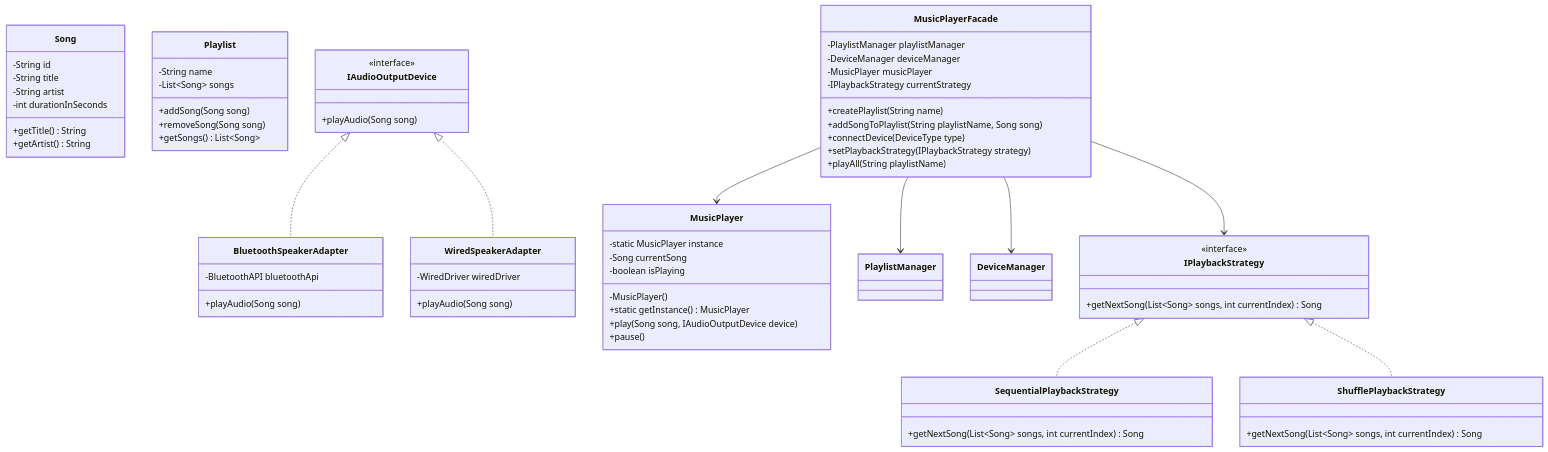
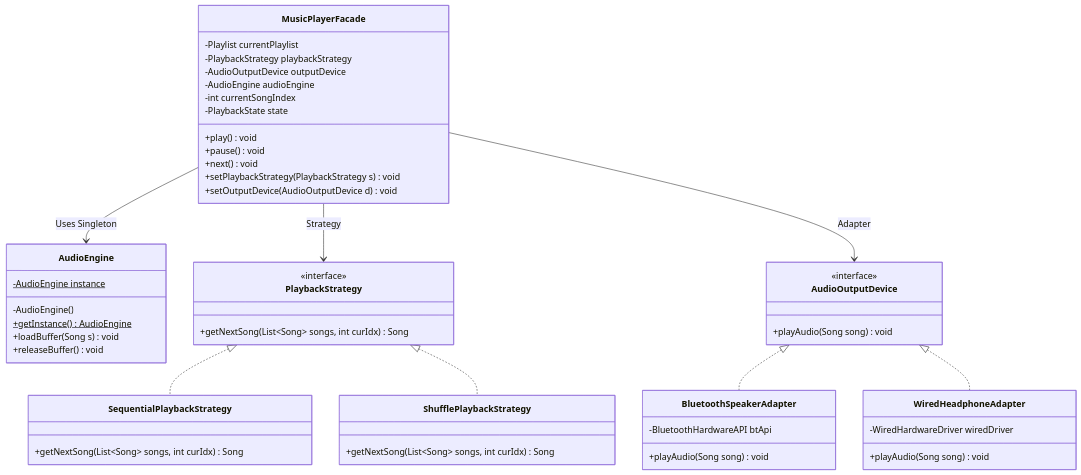
One commit to rohithgowda18/Notes changed the first of 2 diagrams in 04-OOPs-and-Design-Patterns/04-LLD-Case-Studies/18-Build-Spotify-Music-Player-App.md. Above: the diagram before and after it, drawn with Mermaid. The commit also changed other lines of this file and 30 other files, not shown here.

````diff
--- a/04-OOPs-and-Design-Patterns/04-LLD-Case-Studies/18-Build-Spotify-Music-Player-App.md
+++ b/04-OOPs-and-Design-Patterns/04-LLD-Case-Studies/18-Build-Spotify-Music-Player-App.md
@@ -61,74 +108,60 @@
 ```mermaid
 classDiagram
-    class Song {
-        -String id
-        -String title
-        -String artist
-        -int durationInSeconds
-        +getTitle() String
-        +getArtist() String
+    class MusicPlayerFacade {
+        -Playlist currentPlaylist
+        -PlaybackStrategy playbackStrategy
+        -AudioOutputDevice outputDevice
+        -AudioEngine audioEngine
+        -int currentSongIndex
+        -PlaybackState state
+        +play() void
+        +pause() void
+        +next() void
+        +setPlaybackStrategy(PlaybackStrategy s) void
+        +setOutputDevice(AudioOutputDevice d) void
     }
 
-    class Playlist {
-        -String name
-        -List~Song~ songs
-        +addSong(Song song)
-        +removeSong(Song song)
-        +getSongs() List~Song~
+    class AudioEngine {
+        -AudioEngine instance$
+        -AudioEngine()
+        +getInstance()$ AudioEngine
+        +loadBuffer(Song s) void
+        +releaseBuffer() void
     }
 
-    class IPlaybackStrategy {
+    class PlaybackStrategy {
         <<interface>>
-        +getNextSong(List~Song~ songs, int currentIndex) Song
-    }
-    class SequentialPlaybackStrategy {
-        +getNextSong(List~Song~ songs, int currentIndex) Song
-    }
-    class ShufflePlaybackStrategy {
-        +getNextSong(List~Song~ songs, int currentIndex) Song
-    }
-    IPlaybackStrategy <|.. SequentialPlaybackStrategy
-    IPlaybackStrategy <|.. ShufflePlaybackStrategy
-
-    class IAudioOutputDevice {
-        <<interface>>
-        +playAudio(Song song)
-    }
-    class BluetoothSpeakerAdapter {
-        -BluetoothAPI bluetoothApi
-        +playAudio(Song song)
-    }
-    class WiredSpeakerAdapter {
-        -WiredDriver wiredDriver
-        +playAudio(Song song)
-    }
-    IAudioOutputDevice <|.. BluetoothSpeakerAdapter
-    IAudioOutputDevice <|.. WiredSpeakerAdapter
-
-    class MusicPlayer {
-        -static MusicPlayer instance
-        -Song currentSong
-        -boolean isPlaying
-        -MusicPlayer()
-        +static getInstance() MusicPlayer
-        +play(Song song, IAudioOutputDevice device)
-        +pause()
+        +getNextSong(List~Song~ songs, int curIdx) Song
     }
 
-    class MusicPlayerFacade {
-        -PlaylistManager playlistManager
-        -DeviceManager deviceManager
-        -MusicPlayer musicPlayer
-        -IPlaybackStrategy currentStrategy
-        +createPlaylist(String name)
-        +addSongToPlaylist(String playlistName, Song song)
-        +connectDevice(DeviceType type)
-        +setPlaybackStrategy(IPlaybackStrategy strategy)
-        +playAll(String playlistName)
+    class SequentialPlaybackStrategy {
+        +getNextSong(List~Song~ songs, int curIdx) Song
     }
 
-    MusicPlayerFacade --> MusicPlayer
-    MusicPlayerFacade --> PlaylistManager
-    MusicPlayerFacade --> DeviceManager
-    MusicPlayerFacade --> IPlaybackStrategy
+    class ShufflePlaybackStrategy {
+        +getNextSong(List~Song~ songs, int curIdx) Song
+    }
+
+    class AudioOutputDevice {
+        <<interface>>
+        +playAudio(Song song) void
+    }
+
+    class BluetoothSpeakerAdapter {
+        -BluetoothHardwareAPI btApi
+        +playAudio(Song song) void
+    }
+
+    class WiredHeadphoneAdapter {
+        -WiredHardwareDriver wiredDriver
+        +playAudio(Song song) void
+    }
+
+    MusicPlayerFacade --> AudioEngine : Uses Singleton
+    MusicPlayerFacade --> PlaybackStrategy : Strategy
+    MusicPlayerFacade --> AudioOutputDevice : Adapter
+    PlaybackStrategy <|.. SequentialPlaybackStrategy
+    PlaybackStrategy <|.. ShufflePlaybackStrategy
+    AudioOutputDevice <|.. BluetoothSpeakerAdapter
+    AudioOutputDevice <|.. WiredHeadphoneAdapter
 ```
````
